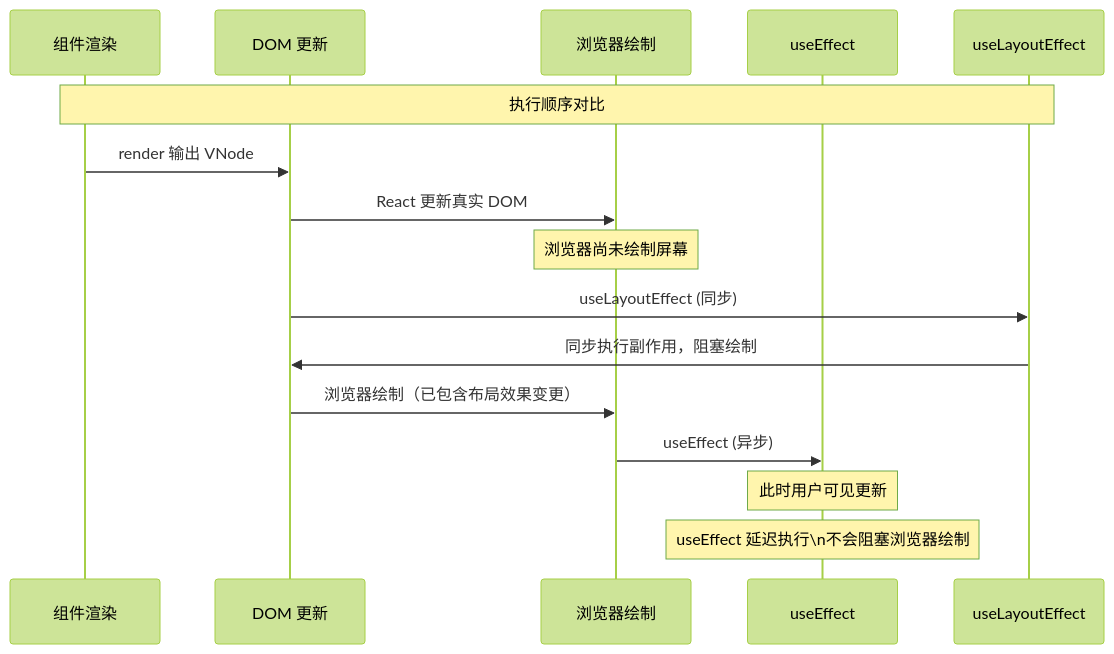
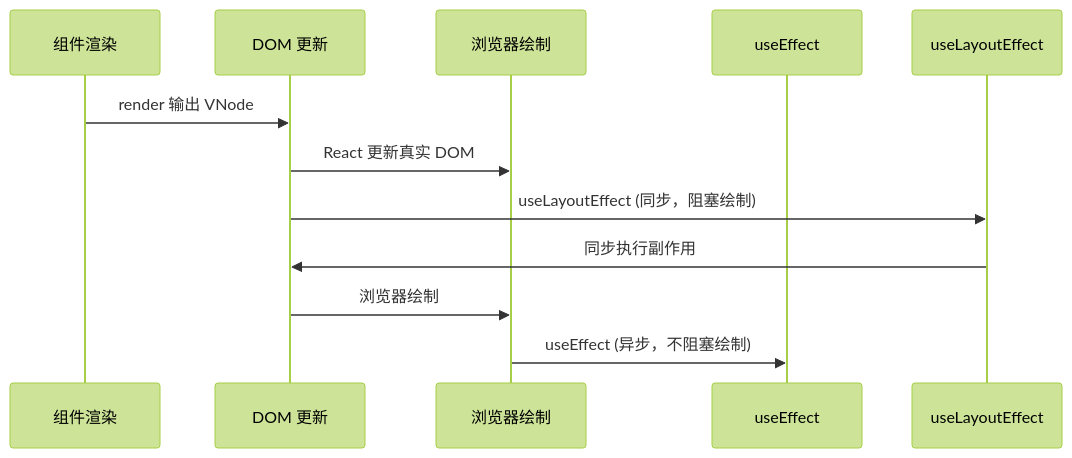
One commit to KMaybe01/common changed the seventh of 21 diagrams in 00-基础常识/05-React-详解版.md. Above: the diagram before and after it, drawn with Mermaid (forest theme). The commit also changed other lines of this file and 10 other files, not shown here.

````diff
--- a/00-基础常识/05-React-详解版.md
+++ b/00-基础常识/05-React-详解版.md
@@ -758,24 +526,15 @@
 ```mermaid
 sequenceDiagram
     participant R as 组件渲染
     participant D as DOM 更新
     participant B as 浏览器绘制
     participant E as useEffect
     participant LE as useLayoutEffect
-    
-    Note over R,LE: 执行顺序对比
-    
+
     R->>D: render 输出 VNode
     D->>B: React 更新真实 DOM
-    
-    Note over B: 浏览器尚未绘制屏幕
-    
-    D->>LE: useLayoutEffect (同步)
-    LE->>D: 同步执行副作用，阻塞绘制
-    D->>B: 浏览器绘制（已包含布局效果变更）
-    
-    B->>E: useEffect (异步)
-    Note over E: 此时用户可见更新
-    
-    Note over E: useEffect 延迟执行\n不会阻塞浏览器绘制
+    D->>LE: useLayoutEffect (同步，阻塞绘制)
+    LE->>D: 同步执行副作用
+    D->>B: 浏览器绘制
+    B->>E: useEffect (异步，不阻塞绘制)
 ```
````
